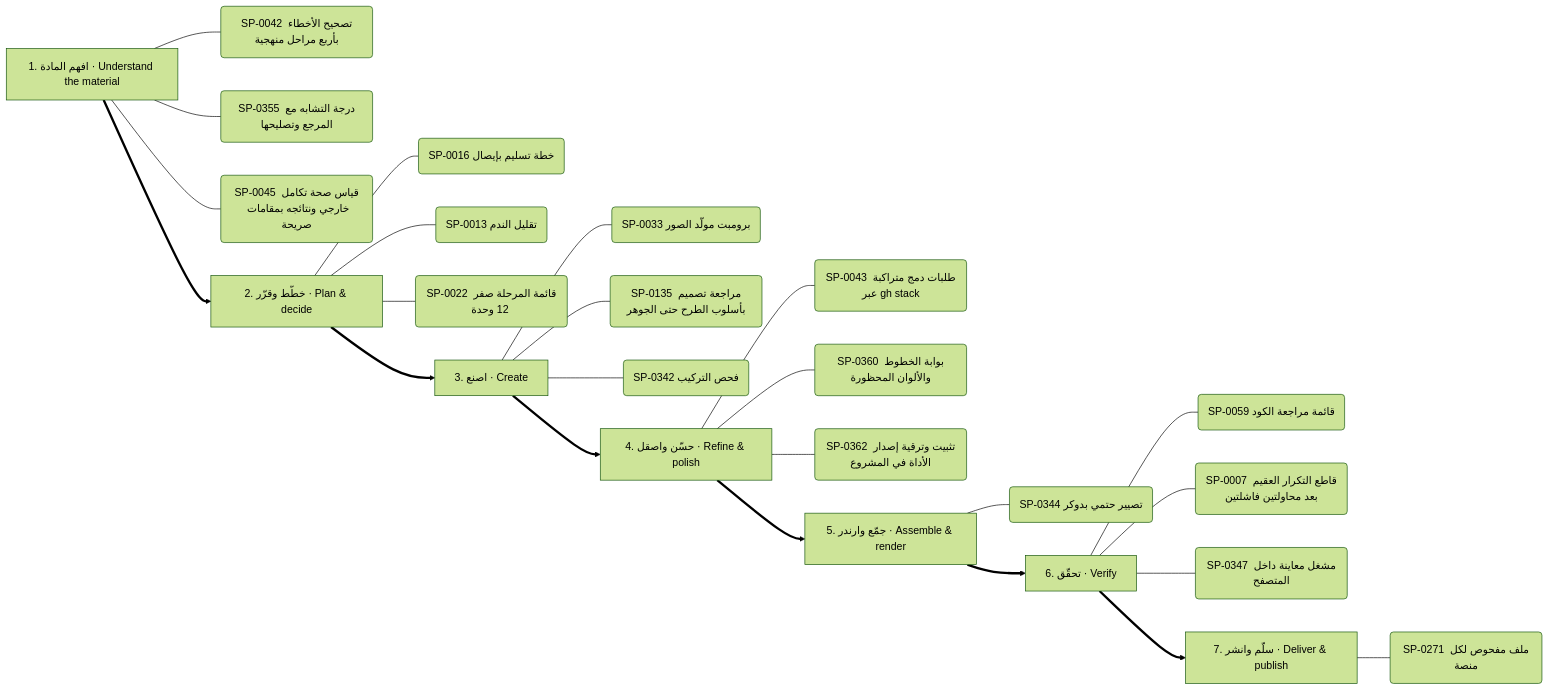
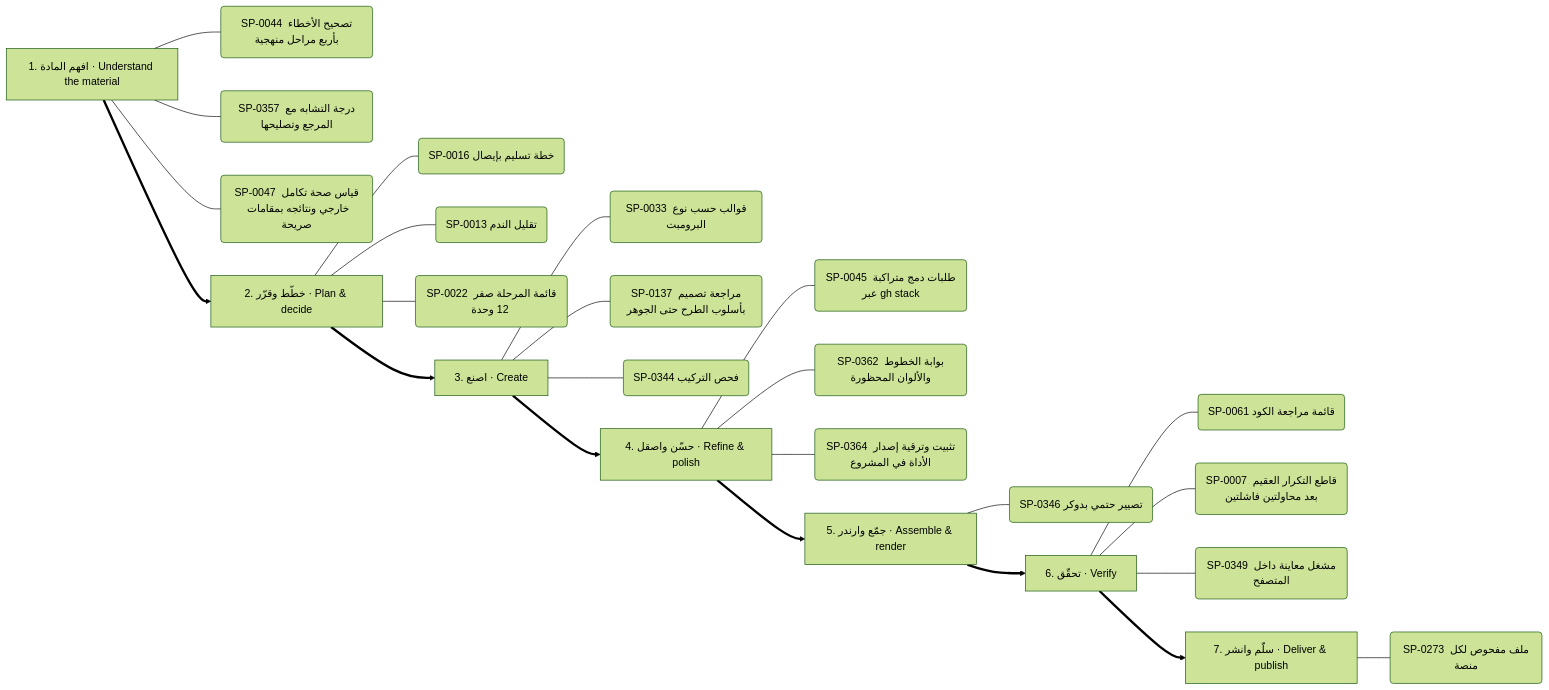
Before and after one commit to kosif199022-jpg/kosif-tool: the tenth of 13 diagrams in .claude/skills/kosif-superpowers/references/capability-mindmap.md, drawn with Mermaid (forest theme). The commit also changed other lines of this file and 65 other files, not shown here.

````diff
--- a/.claude/skills/kosif-superpowers/references/capability-mindmap.md
+++ b/.claude/skills/kosif-superpowers/references/capability-mindmap.md
@@ -500,33 +500,33 @@
 ```mermaid
 flowchart LR
   S0["1. افهم المادة · Understand the material"]
-  S0 --- S0_0("SP-0042 تصحيح الأخطاء بأربع مراحل منهجية")
-  S0 --- S0_1("SP-0355 درجة التشابه مع المرجع وتصليحها")
-  S0 --- S0_2("SP-0045 قياس صحة تكامل خارجي ونتائجه بمقامات صريحة")
+  S0 --- S0_0("SP-0044 تصحيح الأخطاء بأربع مراحل منهجية")
+  S0 --- S0_1("SP-0357 درجة التشابه مع المرجع وتصليحها")
+  S0 --- S0_2("SP-0047 قياس صحة تكامل خارجي ونتائجه بمقامات صريحة")
   S1["2. خطّط وقرّر · Plan & decide"]
   S1 --- S1_0("SP-0016 خطة تسليم بإيصال")
   S1 --- S1_1("SP-0013 تقليل الندم")
   S1 --- S1_2("SP-0022 قائمة المرحلة صفر  12 وحدة ")
   S0 ==> S1
   S2["3. اصنع · Create"]
-  S2 --- S2_0("SP-0033 برومبت مولّد الصور")
-  S2 --- S2_1("SP-0135 مراجعة تصميم بأسلوب الطرح حتى الجوهر")
-  S2 --- S2_2("SP-0342 فحص التركيب")
+  S2 --- S2_0("SP-0033 قوالب حسب نوع البرومبت")
+  S2 --- S2_1("SP-0137 مراجعة تصميم بأسلوب الطرح حتى الجوهر")
+  S2 --- S2_2("SP-0344 فحص التركيب")
   S1 ==> S2
   S3["4. حسّن واصقل · Refine & polish"]
-  S3 --- S3_0("SP-0043 طلبات دمج متراكبة عبر gh stack")
-  S3 --- S3_1("SP-0360 بوابة الخطوط والألوان المحظورة")
-  S3 --- S3_2("SP-0362 تثبيت وترقية إصدار الأداة في المشروع")
+  S3 --- S3_0("SP-0045 طلبات دمج متراكبة عبر gh stack")
+  S3 --- S3_1("SP-0362 بوابة الخطوط والألوان المحظورة")
+  S3 --- S3_2("SP-0364 تثبيت وترقية إصدار الأداة في المشروع")
   S2 ==> S3
   S4["5. جمّع وارندر · Assemble & render"]
-  S4 --- S4_0("SP-0344 تصيير حتمي بدوكر")
+  S4 --- S4_0("SP-0346 تصيير حتمي بدوكر")
   S3 ==> S4
   S5["6. تحقّق · Verify"]
-  S5 --- S5_0("SP-0059 قائمة مراجعة الكود")
+  S5 --- S5_0("SP-0061 قائمة مراجعة الكود")
   S5 --- S5_1("SP-0007 قاطع التكرار العقيم بعد محاولتين فاشلتين")
-  S5 --- S5_2("SP-0347 مشغل معاينة داخل المتصفح")
+  S5 --- S5_2("SP-0349 مشغل معاينة داخل المتصفح")
   S4 ==> S5
   S6["7. سلّم وانشر · Deliver & publish"]
-  S6 --- S6_0("SP-0271 ملف مفحوص لكل منصة")
+  S6 --- S6_0("SP-0273 ملف مفحوص لكل منصة")
   S5 ==> S6
 ```
````
